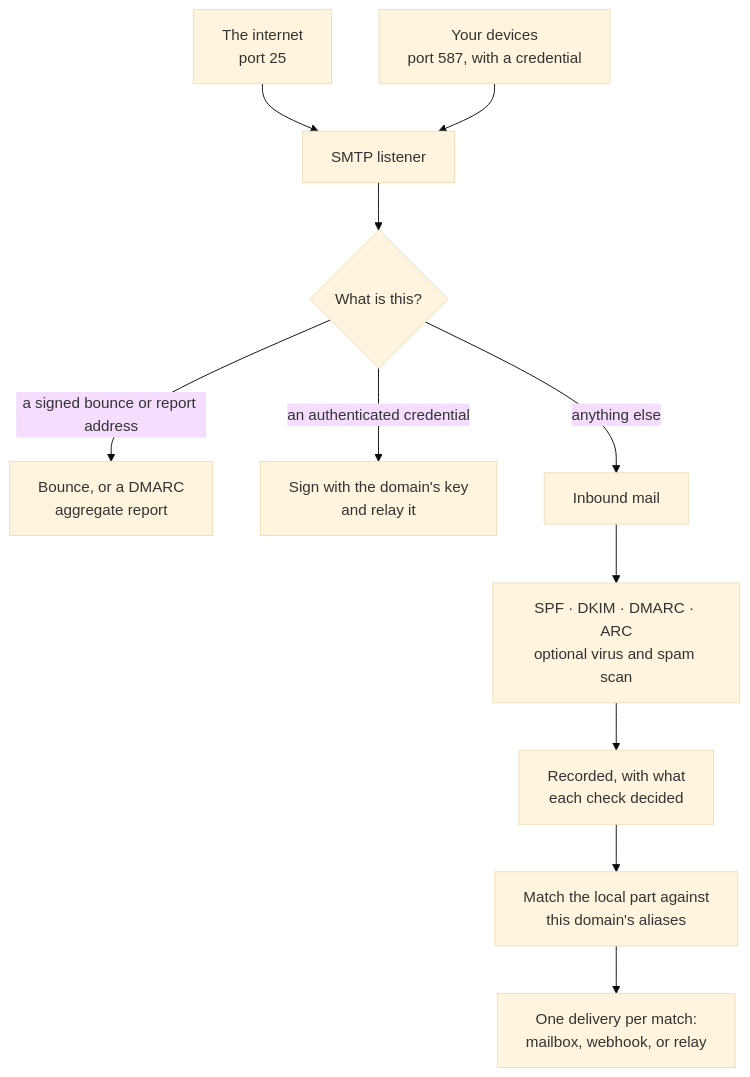
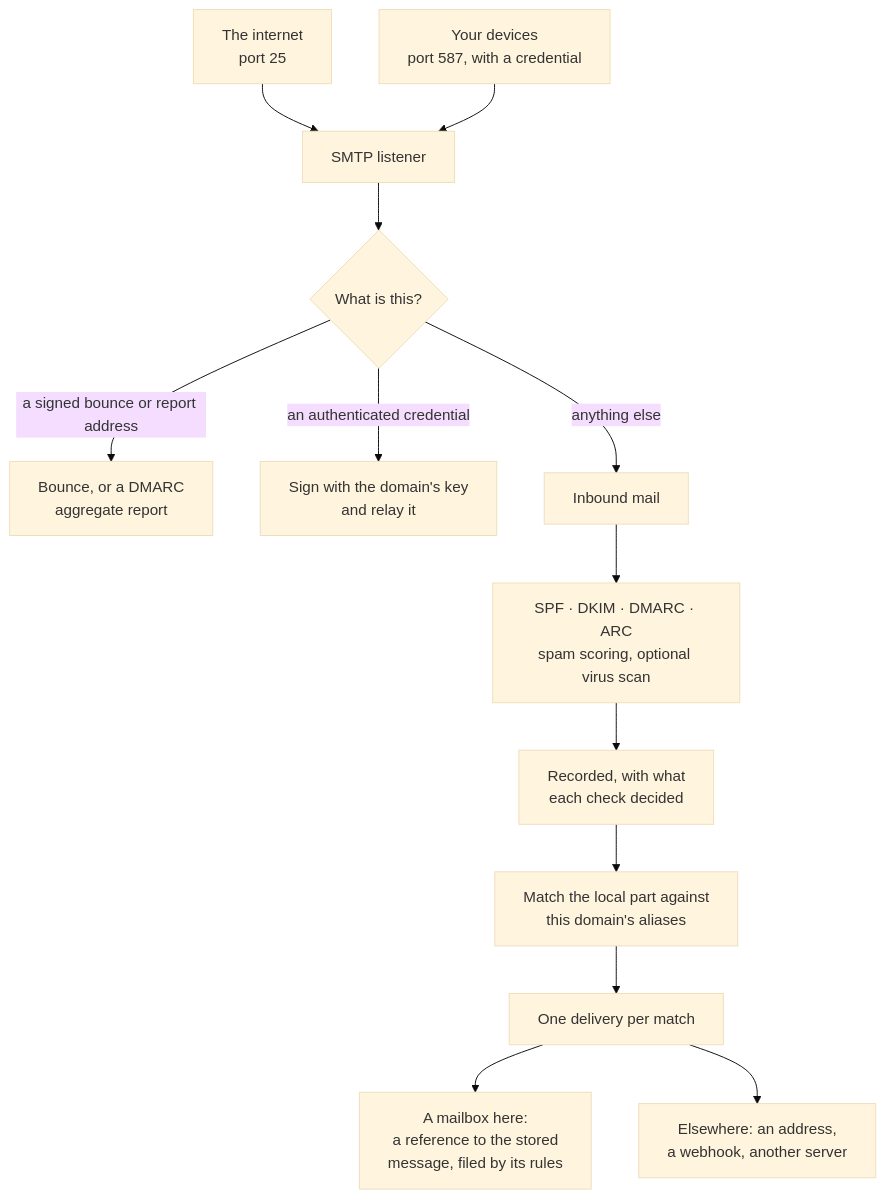
One commit to ziyan/teanode changed the second of 2 diagrams in README.md. Above: the diagram before and after it, drawn with Mermaid (base theme). The commit also changed other lines of this file and 4 other files, not shown here.

````diff
--- a/README.md
+++ b/README.md
@@ -131,15 +186,17 @@
 ```mermaid
 flowchart TD
     internet["The internet<br/>port 25"] --> smtpd["SMTP listener"]
     devices["Your devices<br/>port 587, with a credential"] --> smtpd
     smtpd --> route{"What is this?"}
 
     route -->|"a signed bounce or report address"| reports["Bounce, or a DMARC<br/>aggregate report"]
     route -->|"an authenticated credential"| outbound["Sign with the domain's key<br/>and relay it"]
     route -->|"anything else"| inbound["Inbound mail"]
 
-    inbound --> checks["SPF · DKIM · DMARC · ARC<br/>optional virus and spam scan"]
+    inbound --> checks["SPF · DKIM · DMARC · ARC<br/>spam scoring, optional virus scan"]
     checks --> stored["Recorded, with what<br/>each check decided"]
     stored --> aliases["Match the local part against<br/>this domain's aliases"]
-    aliases --> delivery["One delivery per match:<br/>mailbox, webhook, or relay"]
+    aliases --> delivery["One delivery per match"]
+    delivery --> mailbox["A mailbox here:<br/>a reference to the stored<br/>message, filed by its rules"]
+    delivery --> away["Elsewhere: an address,<br/>a webhook, another server"]
 ```
````
